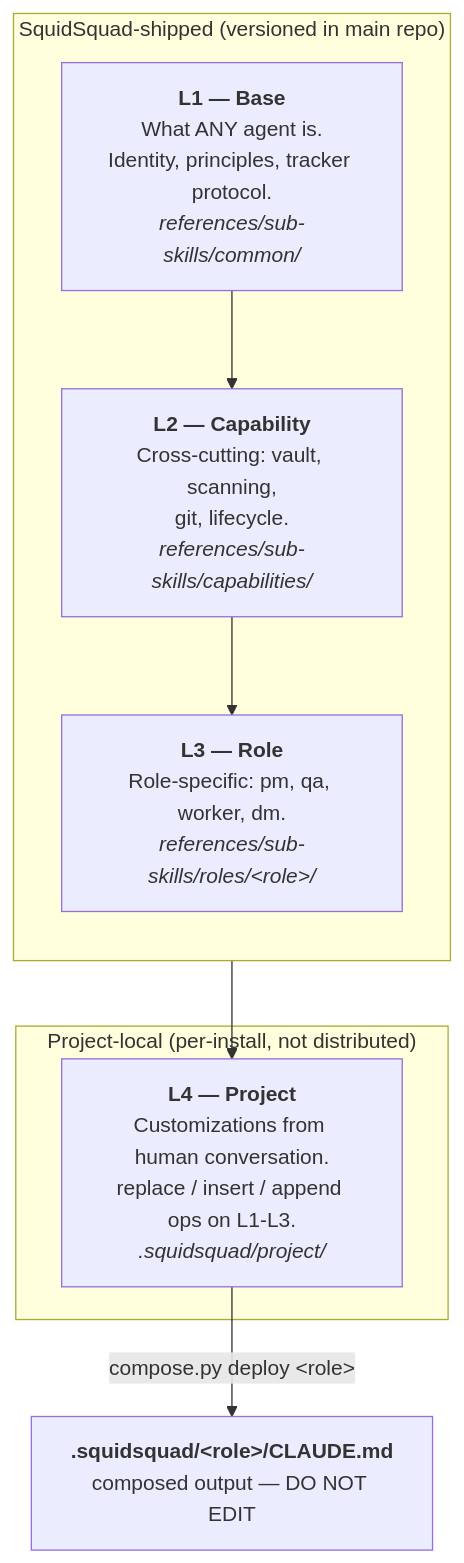
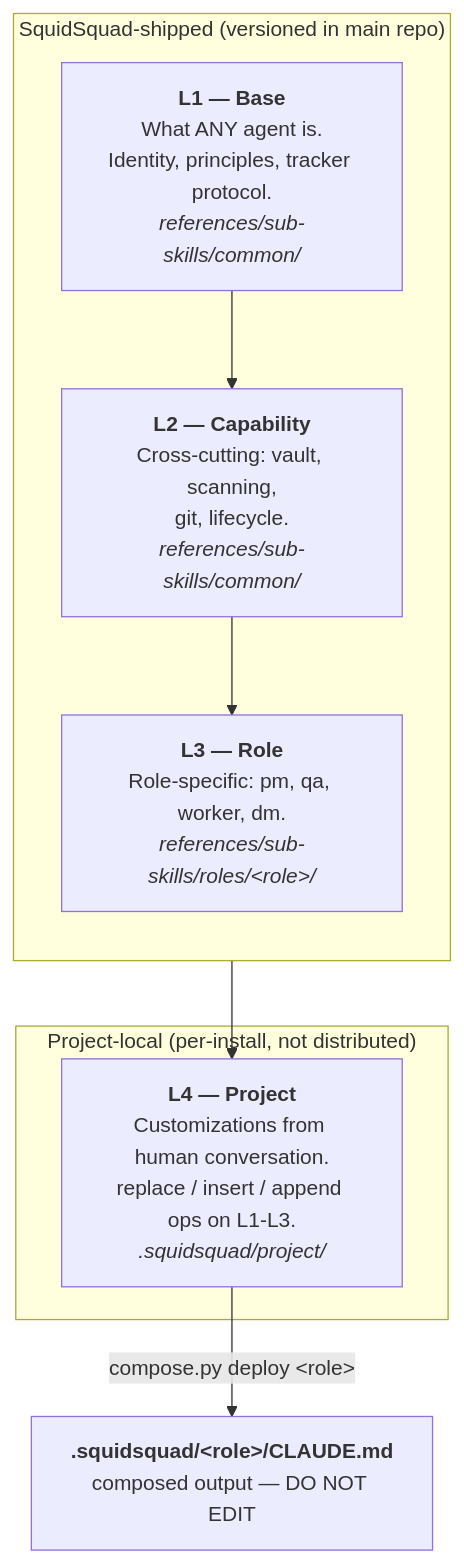
One commit to WallyDoodlez/SquidSquad changed the second of 8 diagrams in docs/COMPOSE-ARCHITECTURE.md. Above: the diagram before and after it, drawn with Mermaid. The commit also changed other lines of this file and 2 other files, not shown here.

First line of the commit message:
pm: add docs/INSTALLER-ARCH.md + remove capability framework from arch

````diff
--- a/docs/COMPOSE-ARCHITECTURE.md
+++ b/docs/COMPOSE-ARCHITECTURE.md
@@ -77,15 +77,15 @@
 ```mermaid
 flowchart TB
   subgraph SHIP["SquidSquad-shipped (versioned in main repo)"]
     direction TB
     L1["<b>L1 — Base</b><br/>What ANY agent is.<br/>Identity, principles, tracker protocol.<br/><i>references/sub-skills/common/</i>"]
-    L2["<b>L2 — Capability</b><br/>Cross-cutting: vault, scanning,<br/>git, lifecycle.<br/><i>references/sub-skills/capabilities/</i>"]
+    L2["<b>L2 — Capability</b><br/>Cross-cutting: vault, scanning,<br/>git, lifecycle.<br/><i>references/sub-skills/common/</i>"]
     L3["<b>L3 — Role</b><br/>Role-specific: pm, qa, worker, dm.<br/><i>references/sub-skills/roles/&lt;role&gt;/</i>"]
     L1 --> L2 --> L3
   end
   subgraph LOCAL["Project-local (per-install, not distributed)"]
     L4["<b>L4 — Project</b><br/>Customizations from human conversation.<br/>replace / insert / append ops on L1-L3.<br/><i>.squidsquad/project/</i>"]
   end
   L3 --> L4
   L4 -->|"compose.py deploy &lt;role&gt;"| OUT["<b>.squidsquad/&lt;role&gt;/CLAUDE.md</b><br/>composed output — DO NOT EDIT"]
 ```
````
